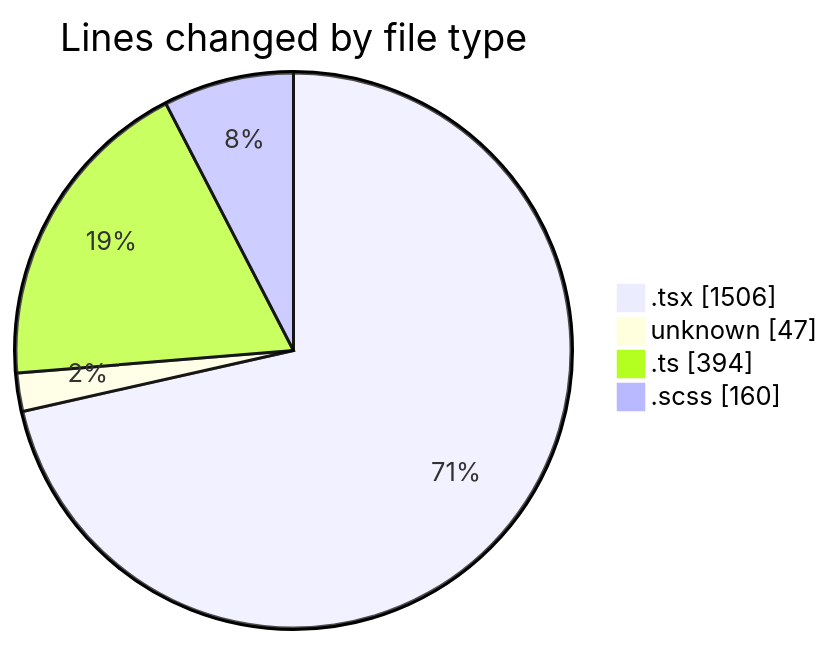
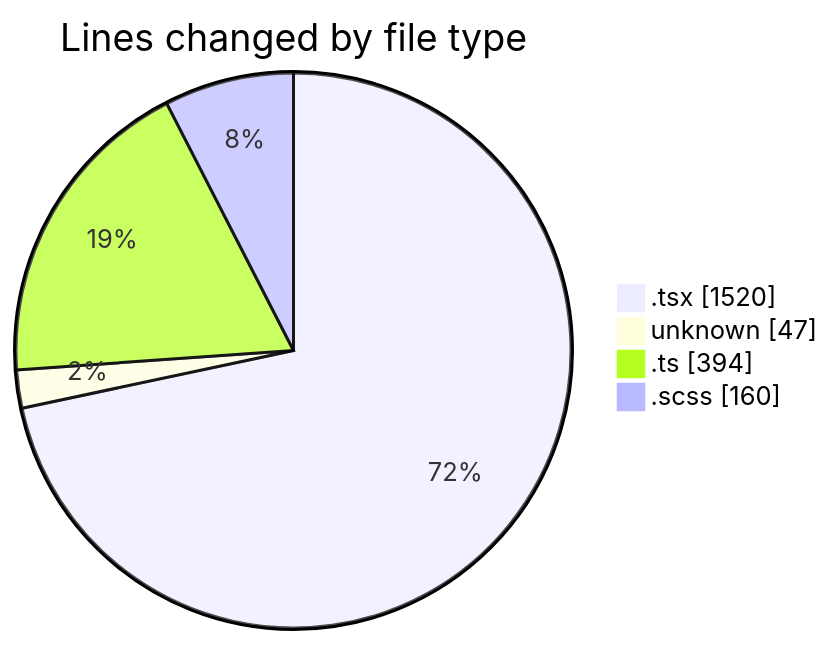
One commit to momahboobian/code-tracking changed the first of 2 diagrams in 2025-09-18/cda/README.md. Above: the diagram before and after it, drawn with Mermaid. The commit also changed other lines of this file and 1 other file, not shown here.

````diff
--- a/2025-09-18/cda/README.md
+++ b/2025-09-18/cda/README.md
@@ -25,8 +25,8 @@
 ```mermaid
 pie showData
 title Lines changed by file type
-".tsx" : 1506
+".tsx" : 1520
 "unknown" : 47
 ".ts" : 394
 ".scss" : 160
 ```
````
